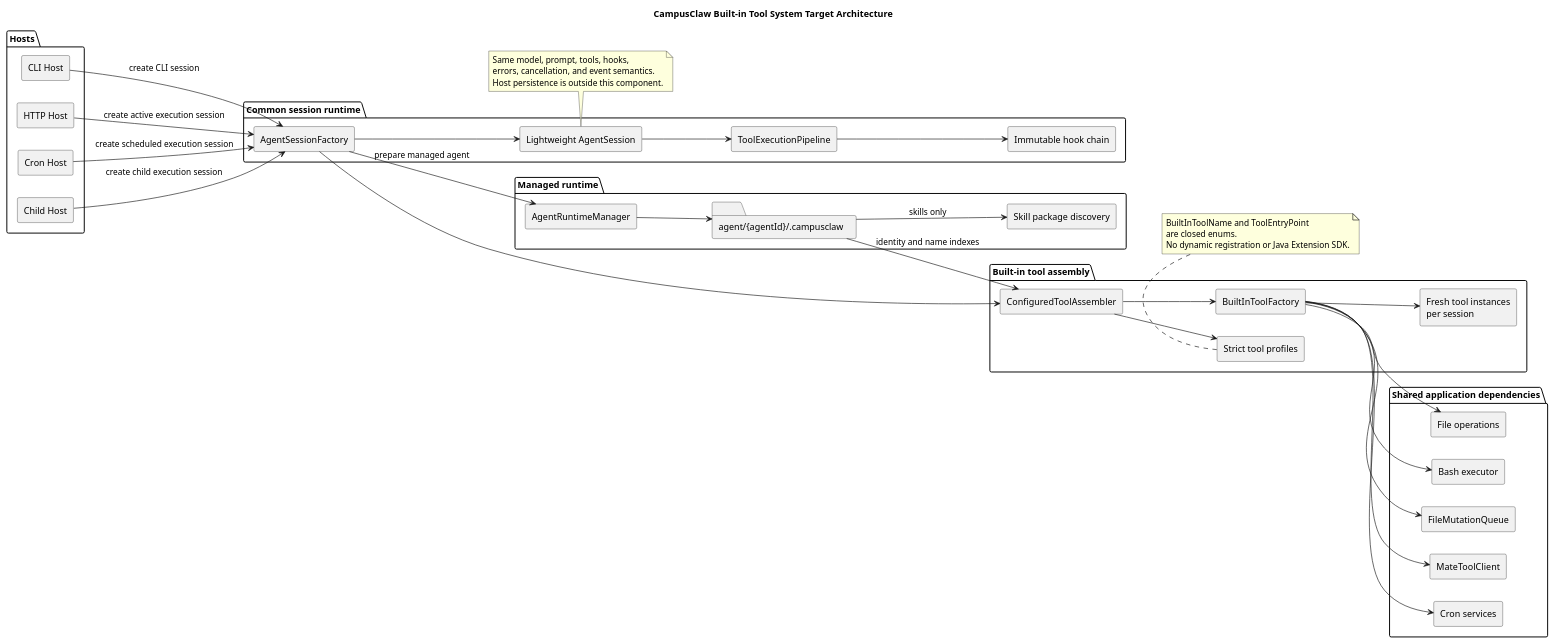
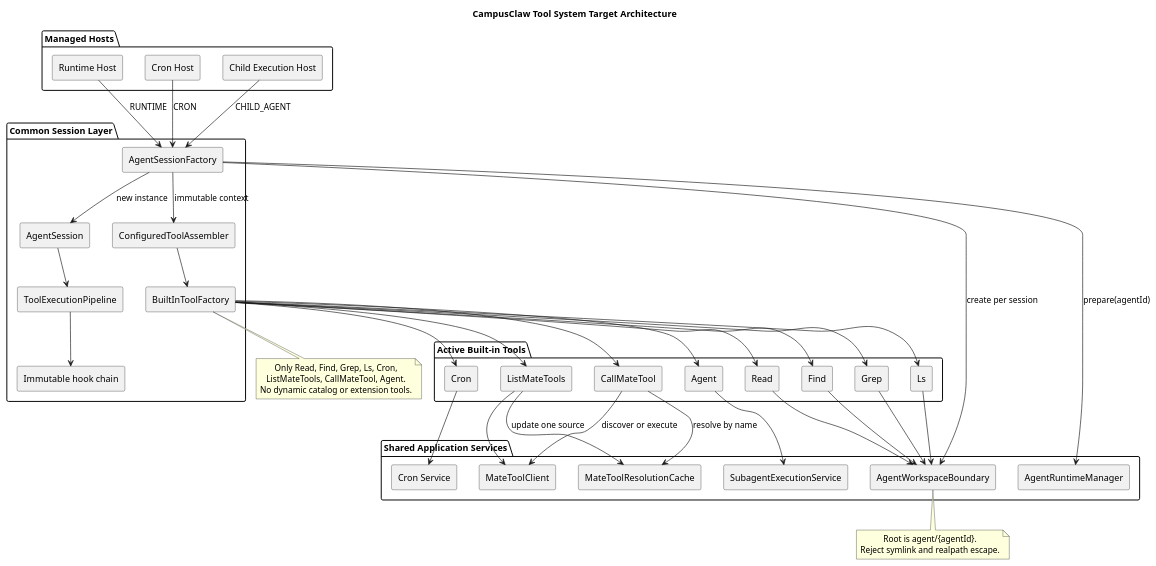
One commit to ssm0808/pi-mono-java-design changed the first of 8 diagrams in pi-mono-java-tool-system/diagram.puml. Above: the diagram before and after it, drawn with PlantUML. The commit also changed other lines of this file and 13 other files, not shown here.

Commit message:
docs(tool-system): align managed tool contracts

```diff
--- a/pi-mono-java-tool-system/diagram.puml
+++ b/pi-mono-java-tool-system/diagram.puml
@@ -1,84 +1,90 @@
 @startuml tool_system_architecture
-title CampusClaw Built-in Tool System Target Architecture
-
-' Source evidence: pi-mono-java modules/agent-core/src/main/java/com/campusclaw/agent/tool/AgentTool.java, AgentTool
-' Source evidence: pi-mono-java modules/agent-core/src/main/java/com/campusclaw/agent/tool/ToolExecutionPipeline.java, ToolExecutionPipeline
-' Source evidence: pi-mono-java modules/coding-agent-cli/src/main/java/com/campusclaw/codingagent/session/AgentSession.java, AgentSession
-' Source evidence: pi-mono-java modules/coding-agent-cli/src/main/java/com/campusclaw/codingagent/tool/catalog/ToolCatalog.java, ToolCatalog
-' Source evidence: pi-mono-java modules/coding-agent-cli/src/main/java/com/campusclaw/codingagent/runtime/AgentRuntimeManager.java, AgentRuntimeManager
-' Observed behavior: the Java baseline uses a large CLI session, catalog discovery, extension tools, and separate HTTP assembly.
-' Architecture change: the target has exactly twelve built-in tools and one lightweight session assembly path.
-' Design reason: entry points share execution semantics while hosts retain persistence and lifecycle ownership.
-
+title CampusClaw Tool System Target Architecture
 skinparam componentStyle rectangle
 skinparam shadowing false
-left to right direction
+skinparam defaultTextAlignment center
 
-package "Hosts" {
-  component "CLI Host" as CLI
-  component "HTTP Host" as HTTP
-  component "Cron Host" as CRON
-  component "Child Host" as CHILD
+' Source evidence (CampusClaw d649866):
+' modules/agent-core/src/main/java/com/campusclaw/agent/tool/AgentTool.java: AgentTool
+' modules/agent-core/src/main/java/com/campusclaw/agent/tool/ToolExecutionPipeline.java: execute, executeAll
+' modules/coding-agent-cli/src/main/java/com/campusclaw/codingagent/session/AgentSession.java: initialize, configureRuntimeTools
+' Observed behavior: the current CLI session combines catalogs, reload, skills,
+' delegation, and tool assembly; the Runtime path has separate assembly logic.
+' Design reason: one closed factory and one light session factory keep all managed
+' entry points aligned while Hosts retain their own persistence and lifecycle.
+
+package "Managed Hosts" {
+  [Runtime Host] as RuntimeHost
+  [Cron Host] as CronHost
+  [Child Execution Host] as ChildHost
 }
 
-package "Common session runtime" {
-  component "AgentSessionFactory" as SF
-  component "Lightweight AgentSession" as SESSION
-  component "ToolExecutionPipeline" as PIPE
-  component "Immutable hook chain" as HOOKS
+package "Common Session Layer" {
+  [AgentSessionFactory] as SessionFactory
+  [AgentSession] as Session
+  [ConfiguredToolAssembler] as Assembler
+  [BuiltInToolFactory] as ToolFactory
+  [ToolExecutionPipeline] as Pipeline
+  [Immutable hook chain] as Hooks
 }
 
-package "Built-in tool assembly" {
-  component "Strict tool profiles" as PROFILES
-  component "ConfiguredToolAssembler" as ASSEMBLER
-  component "BuiltInToolFactory" as FACTORY
-  component "Fresh tool instances\nper session" as TOOLS
+package "Active Built-in Tools" {
+  [Read]
+  [Find]
+  [Grep]
+  [Ls]
+  [Cron]
+  [ListMateTools]
+  [CallMateTool]
+  [Agent]
 }
 
-package "Shared application dependencies" {
-  component "File operations" as OPS
-  component "Bash executor" as BASH
-  component "FileMutationQueue" as FMQ
-  component "MateToolClient" as MATE
-  component "Cron services" as CRONSVC
+package "Shared Application Services" {
+  [AgentRuntimeManager] as RuntimeManager
+  [AgentWorkspaceBoundary] as Workspace
+  [MateToolClient] as MateClient
+  [MateToolResolutionCache] as MateCache
+  [Cron Service] as CronService
+  [SubagentExecutionService] as ChildService
 }
 
-package "Managed runtime" {
-  component "AgentRuntimeManager" as ARM
-  folder "agent/{agentId}/.campusclaw" as DIR
-  component "Skill package discovery" as PKG
-}
+RuntimeHost --> SessionFactory : RUNTIME
+CronHost --> SessionFactory : CRON
+ChildHost --> SessionFactory : CHILD_AGENT
+SessionFactory --> RuntimeManager : prepare(agentId)
+SessionFactory --> Workspace : create per session
+SessionFactory --> Assembler : immutable context
+Assembler --> ToolFactory
+ToolFactory --> Read
+ToolFactory --> Find
+ToolFactory --> Grep
+ToolFactory --> Ls
+ToolFactory --> Cron
+ToolFactory --> ListMateTools
+ToolFactory --> CallMateTool
+ToolFactory --> Agent
+SessionFactory --> Session : new instance
+Session --> Pipeline
+Pipeline --> Hooks
+ListMateTools --> MateClient
+ListMateTools --> MateCache : update one source
+CallMateTool --> MateCache : resolve by name
+CallMateTool --> MateClient : discover or execute
+Cron --> CronService
+Agent --> ChildService
+Read --> Workspace
+Find --> Workspace
+Grep --> Workspace
+Ls --> Workspace
 
-CLI --> SF : create CLI session
-HTTP --> SF : create active execution session
-CRON --> SF : create scheduled execution session
-CHILD --> SF : create child execution session
-SF --> SESSION
-SESSION --> PIPE
-PIPE --> HOOKS
-SF --> ASSEMBLER
-ASSEMBLER --> PROFILES
-ASSEMBLER --> FACTORY
-FACTORY --> TOOLS
-FACTORY --> OPS
-FACTORY --> BASH
-FACTORY --> FMQ
-FACTORY --> MATE
-FACTORY --> CRONSVC
-SF --> ARM : prepare managed agent
-ARM --> DIR
-DIR --> PKG : skills only
-DIR --> ASSEMBLER : identity and name indexes
-
-note bottom of PROFILES
-BuiltInToolName and ToolEntryPoint
-are closed enums.
-No dynamic registration or Java Extension SDK.
+note bottom of ToolFactory
+Only Read, Find, Grep, Ls, Cron,
+ListMateTools, CallMateTool, Agent.
+No dynamic catalog or extension tools.
 end note
 
-note bottom of SESSION
-Same model, prompt, tools, hooks,
-errors, cancellation, and event semantics.
-Host persistence is outside this component.
+note bottom of Workspace
+Root is agent/{agentId}.
+Reject symlink and realpath escape.
 end note
 @enduml
```
